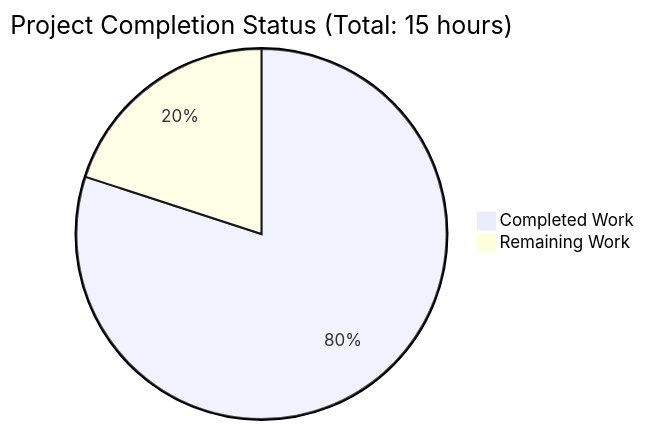
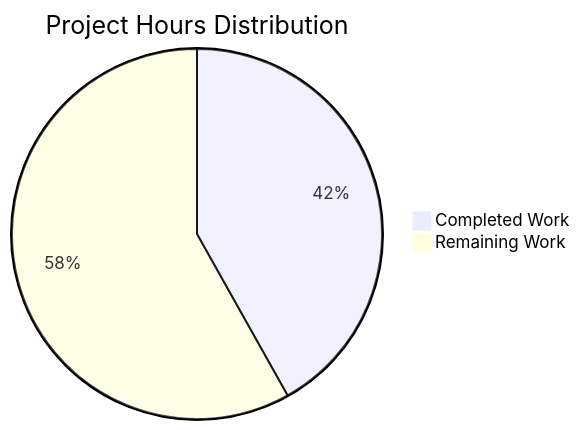
One commit to sudhanshu-spec/test-spec changed the diagram in blitzy/documentation/Project Guide.md. Above: the diagram before and after it, drawn with Mermaid. The commit also changed other lines of this file, not shown here.

Commit message:
Adding Blitzy Project Guide: Project Status and Human Tasks Remaining

````diff
--- a/blitzy/documentation/Project Guide.md
+++ b/blitzy/documentation/Project Guide.md
@@ -48,5 +161,5 @@
 ```mermaid
-pie title Project Completion Status (Total: 15 hours)
-    "Completed Work" : 12
-    "Remaining Work" : 3
+pie title Project Hours Distribution
+    "Completed Work" : 18
+    "Remaining Work" : 25
 ```
````
